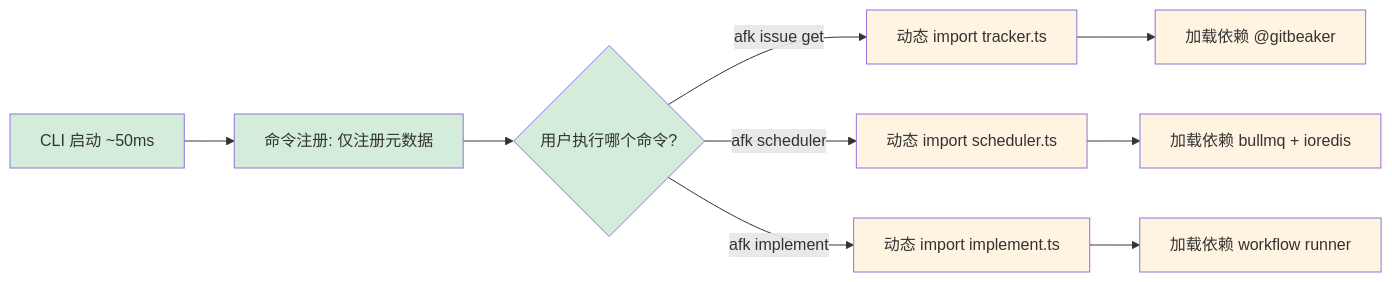
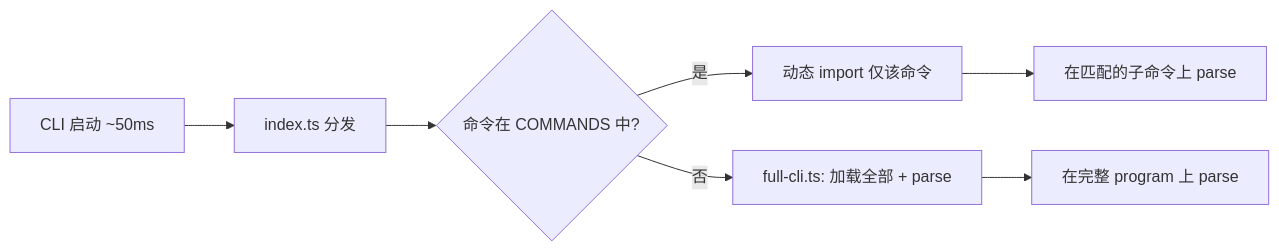
Diagram 11 of 13 in docs/ARCHITECTURE_zh.md (easyhaloo/afk), drawn with Mermaid before and after one commit. The commit also changed other lines of this file and 6 other files, not shown here.

First line of the commit message:
refactor: align ARCHITECTURE docs with actual implementation

````diff
--- a/docs/ARCHITECTURE_zh.md
+++ b/docs/ARCHITECTURE_zh.md
@@ -568,17 +649,9 @@
 ```mermaid
 graph LR
-    A["CLI 启动 ~50ms"] --> B["命令注册: 仅注册元数据"]
-    B --> C{"用户执行哪个命令?"}
-    C -->|afk issue get| D["动态 import tracker.ts"]
-    C -->|afk scheduler| E["动态 import scheduler.ts"]
-    C -->|afk implement| F["动态 import implement.ts"]
-
-    D --> G["加载依赖 @gitbeaker"]
-    E --> H["加载依赖 bullmq + ioredis"]
-    F --> I["加载依赖 workflow runner"]
-
-    classDef fast fill:#d4edda
-    classDef lazy fill:#fff4e1
-    class A,B,C fast
-    class D,E,F,G,H,I lazy
+    A["CLI 启动 ~50ms"] --> B["index.ts 分发"]
+    B --> C{"命令在 COMMANDS 中?"}
+    C -->|是| D["动态 import 仅该命令"]
+    C -->|否| F["full-cli.ts: 加载全部 + parse"]
+    D --> E["在匹配的子命令上 parse"]
+    F --> G["在完整 program 上 parse"]
 ```
````
